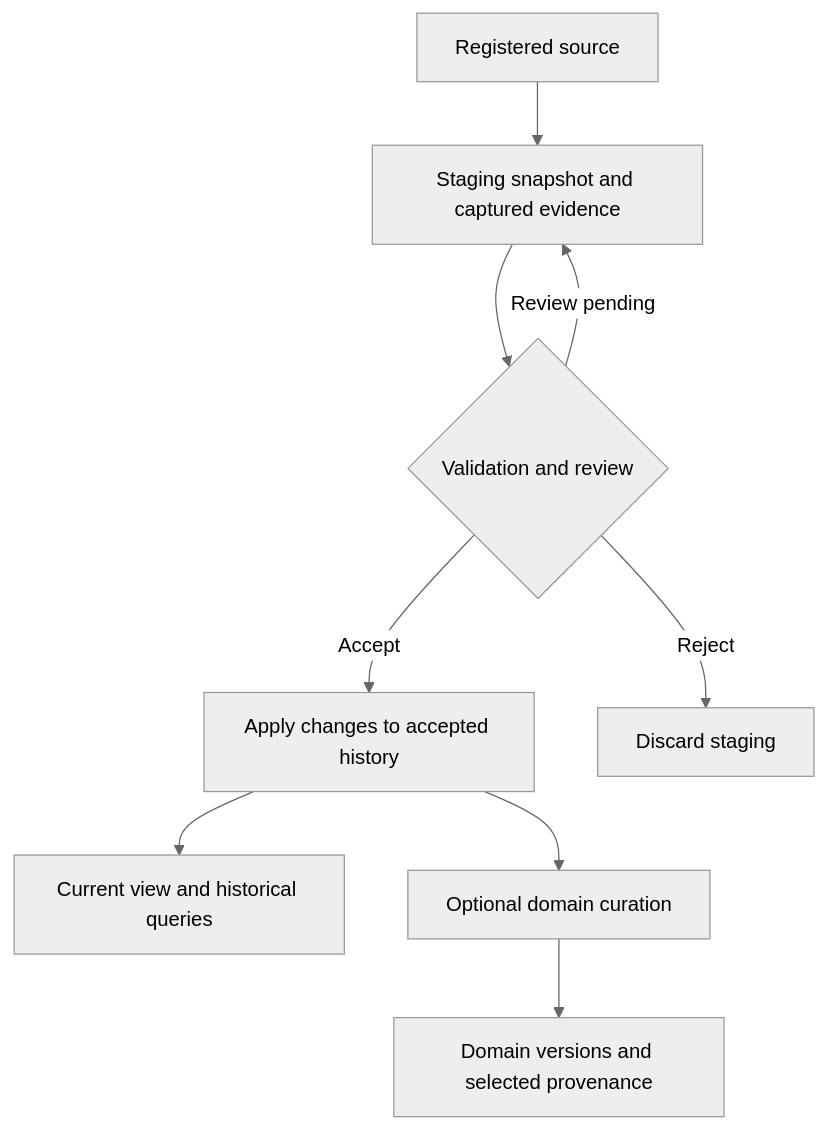
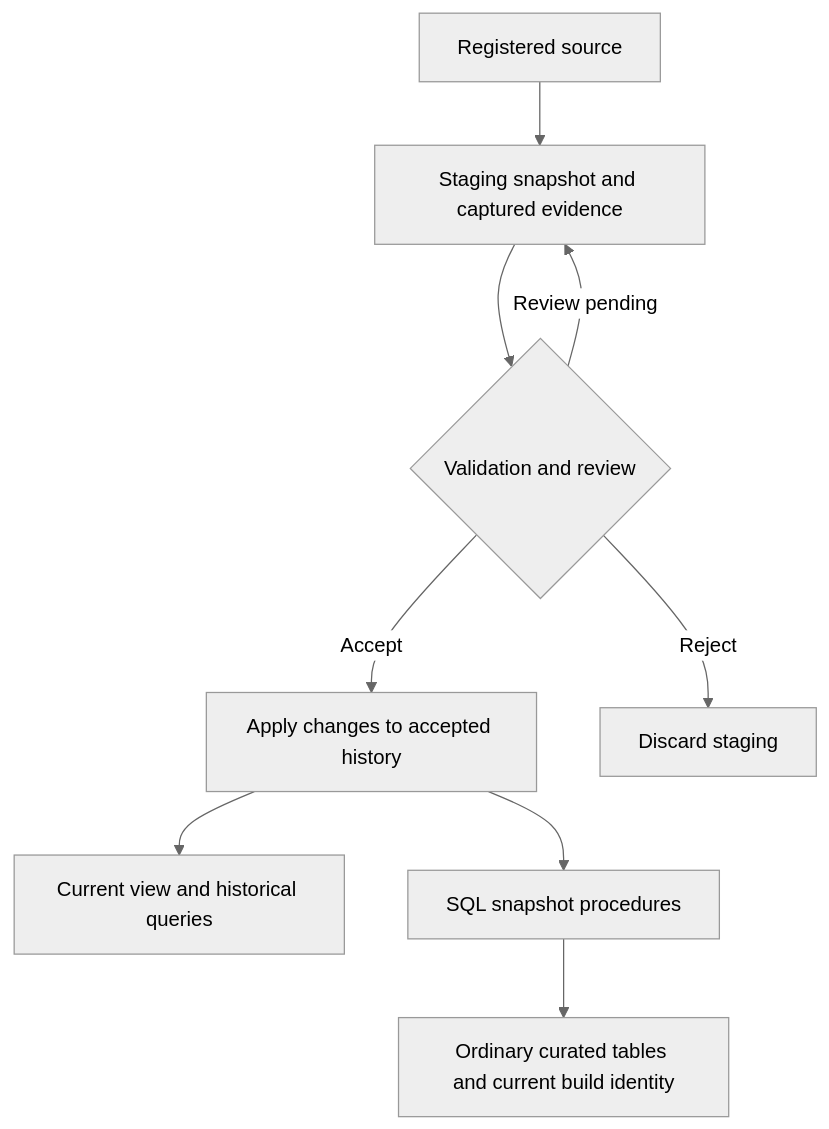
One commit to UdK-VPT/UrbanTwin-Toolbox changed the diagram in docs/metadata-modelling.md. Above: the diagram before and after it, drawn with Mermaid (neutral theme). The commit also changed other lines of this file and 21 other files, not shown here.

````diff
--- a/docs/metadata-modelling.md
+++ b/docs/metadata-modelling.md
@@ -49,11 +51,11 @@
 ```mermaid
 flowchart TD
     A[Registered source] --> B[Staging snapshot and captured evidence]
     B --> C{Validation and review}
     C -->|Accept| D[Apply changes to accepted history]
     C -->|Review pending| B
     C -->|Reject| E[Discard staging]
     D --> F[Current view and historical queries]
-    D --> G[Optional domain curation]
-    G --> H[Domain versions and selected provenance]
+    D --> G[SQL snapshot procedures]
+    G --> H[Ordinary curated tables and current build identity]
 ```
````
